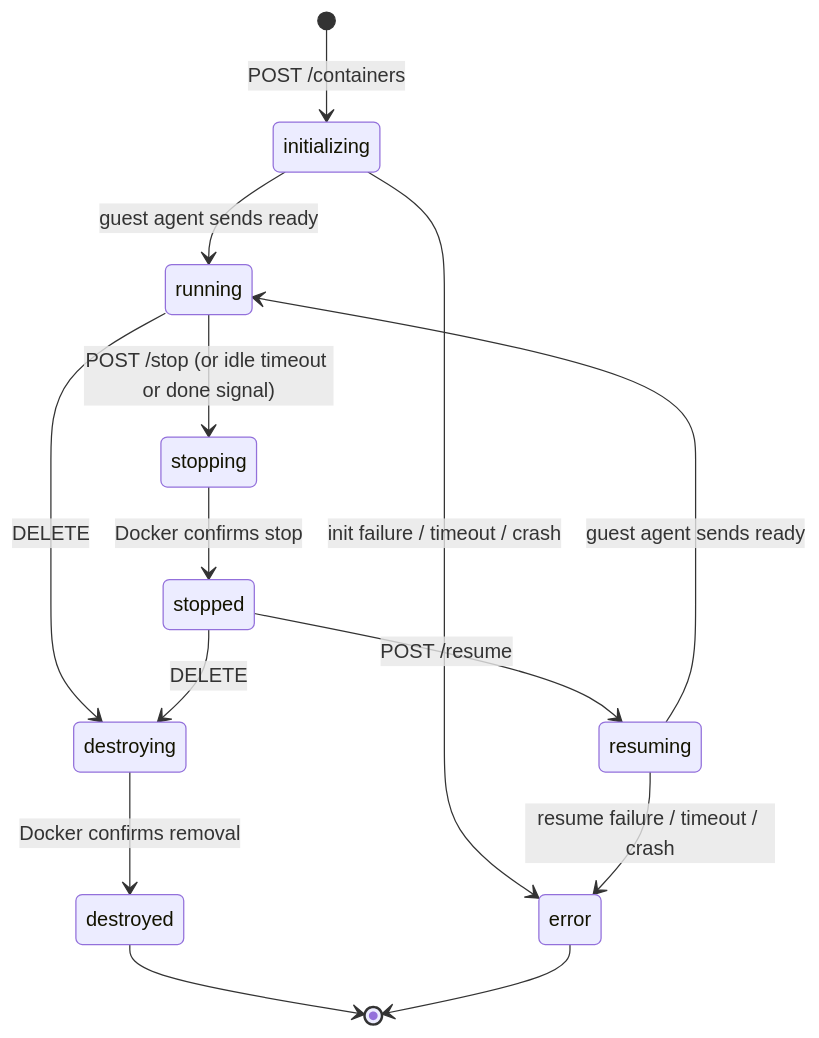
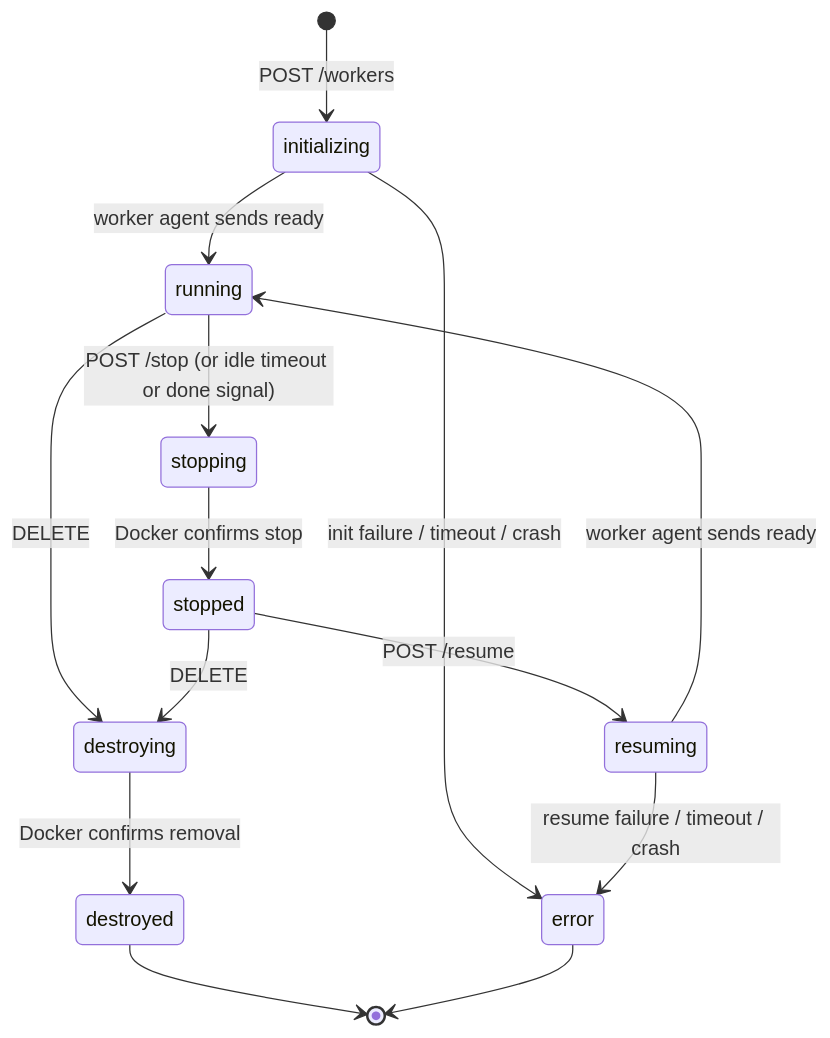
The diagram in README.md (saibotsivad/drover), drawn with Mermaid before and after one commit. The commit also changed other lines of this file and 100 other files, not shown here.

First line of the commit message:
Rename micro-container/guest terminology to worker throughout

````diff
--- a/README.md
+++ b/README.md
@@ -335,16 +335,16 @@
 ```mermaid
 stateDiagram-v2
-    [*] --> initializing: POST /containers
-    initializing --> running: guest agent sends ready
+    [*] --> initializing: POST /workers
+    initializing --> running: worker agent sends ready
     initializing --> error: init failure / timeout / crash
     running --> stopping: POST /stop (or idle timeout or done signal)
     stopping --> stopped: Docker confirms stop
     stopped --> resuming: POST /resume
-    resuming --> running: guest agent sends ready
+    resuming --> running: worker agent sends ready
     resuming --> error: resume failure / timeout / crash
     running --> destroying: DELETE
     stopped --> destroying: DELETE
     destroying --> destroyed: Docker confirms removal
     destroyed --> [*]
     error --> [*]
 ```
````
